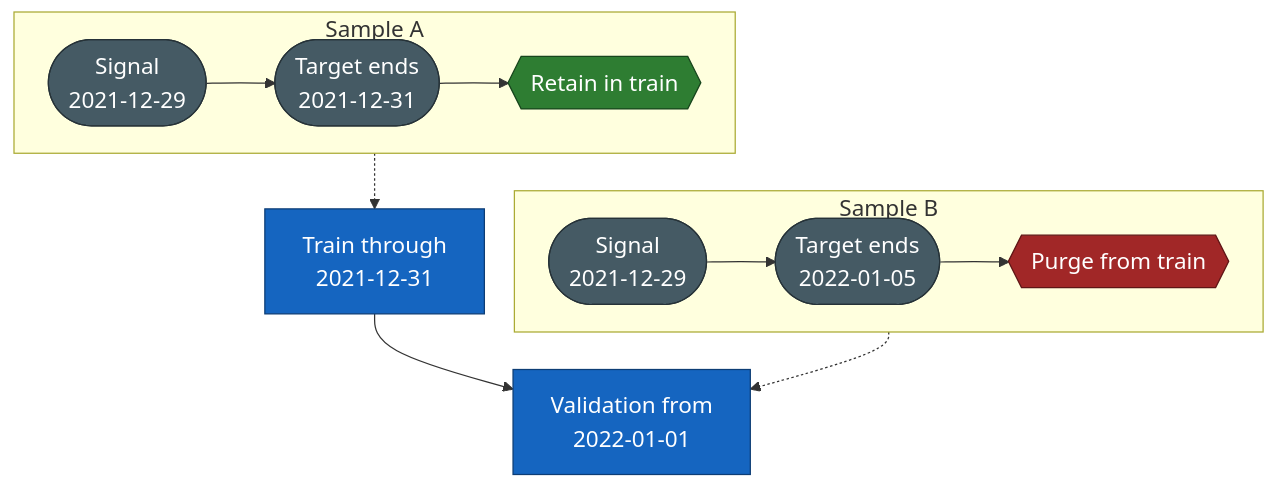
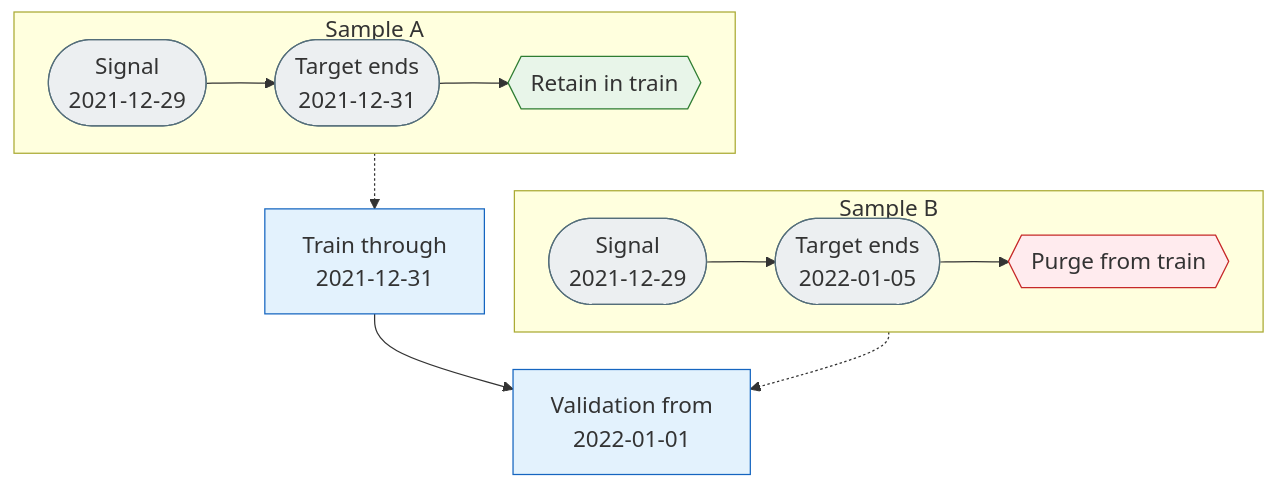
One commit to Frallmeister/swingtrader-app changed the first of 2 diagrams in docs/modeling/temporal-splitting.md. Above: the diagram before and after it, drawn with Mermaid. The commit also changed other lines of this file and 5 other files, not shown here.

Commit message:
Fix the diagram styling

````diff
--- a/docs/modeling/temporal-splitting.md
+++ b/docs/modeling/temporal-splitting.md
@@ -16,27 +16,27 @@
 ```mermaid
 %%{init: {"themeVariables": {"fontSize": "18px"}, "flowchart": {"nodeSpacing": 24, "rankSpacing": 30}}}%%
 flowchart TB
     train["Train through<br/>2021-12-31"] --> validation["Validation from<br/>2022-01-01"]
 
     subgraph retained["Sample A"]
         direction LR
         a_signal([Signal<br/>2021-12-29]) --> a_target([Target ends<br/>2021-12-31]) --> a_result{{Retain in train}}
     end
 
     subgraph purged["Sample B"]
         direction LR
         b_signal([Signal<br/>2021-12-29]) --> b_target([Target ends<br/>2022-01-05]) --> b_result{{Purge from train}}
     end
 
     a_target -.-> train
     b_target -.-> validation
 
-    classDef boundary fill:#1565c0,stroke:#0d3d75,color:#ffffff
-    classDef state fill:#455a64,stroke:#263238,color:#ffffff
-    classDef retainedState fill:#2e7d32,stroke:#17451c,color:#ffffff
-    classDef purgedState fill:#a12727,stroke:#5f1515,color:#ffffff
+    classDef boundary fill:#e3f2fd,stroke:#1565c0
+    classDef state fill:#eceff1,stroke:#546e7a
+    classDef retainedState fill:#e8f5e9,stroke:#2e7d32
+    classDef purgedState fill:#ffebee,stroke:#c62828
     class train,validation boundary
     class a_signal,a_target,b_signal,b_target state
     class a_result retainedState
     class b_result purgedState
 ```
````
